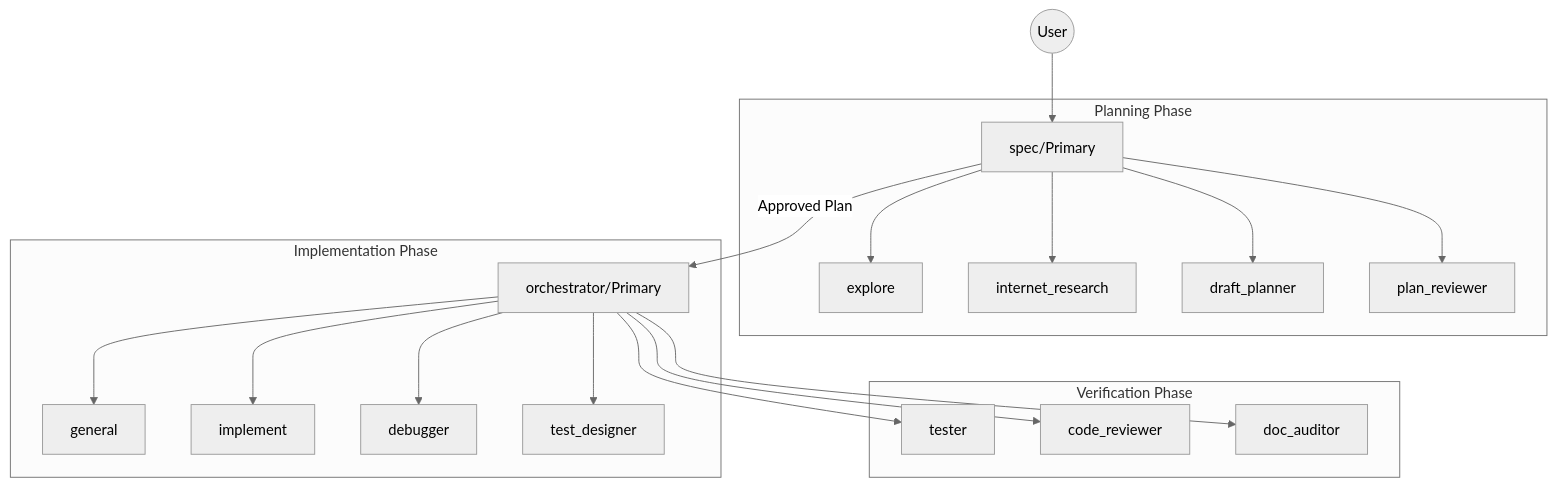
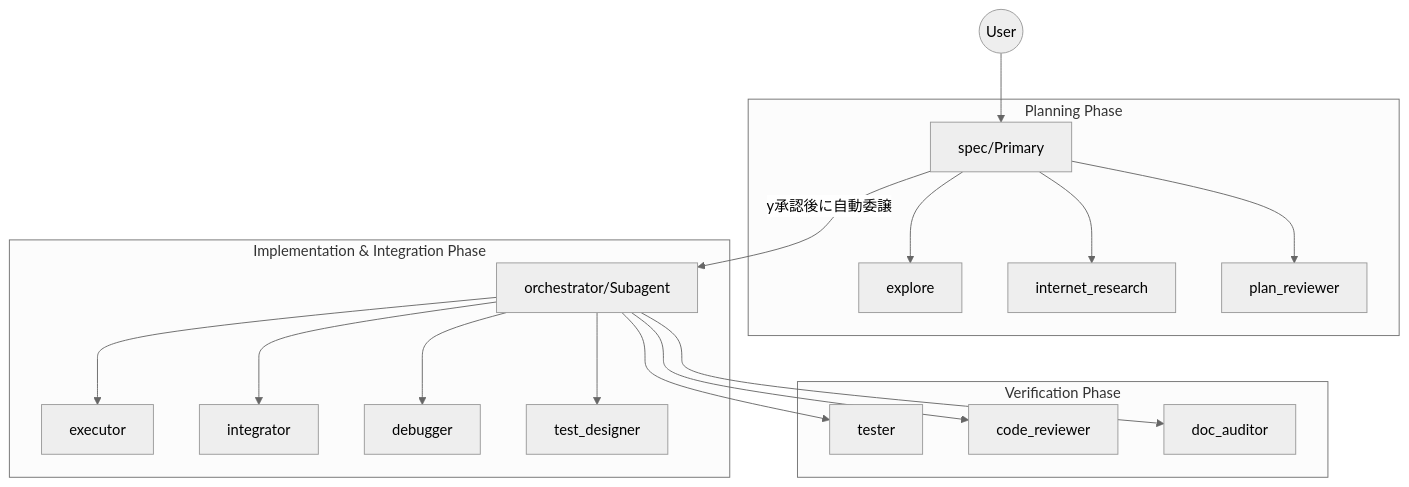
The diagram in opencode/README.md (50ki-1706/prompts), drawn with Mermaid (neutral theme) before and after one commit. The commit also changed other lines of this file and 17 other files, not shown here.

````diff
--- a/opencode/README.md
+++ b/opencode/README.md
@@ -95,26 +97,25 @@
 ```mermaid
 graph TD
     User((User)) --> spec[spec/Primary]
     
     subgraph Planning Phase
         spec --> explore[explore]
         spec --> research[internet_research]
-        spec --> draft[draft_planner]
         spec --> plan_rev[plan_reviewer]
     end
     
-    spec -- "Approved Plan" --> orch[orchestrator/Primary]
+    spec -- "y承認後に自動委譲" --> orch[orchestrator/Subagent]
     
-    subgraph Implementation Phase
-        orch --> general[general]
-        orch --> implement[implement]
+    subgraph Implementation & Integration Phase
+        orch --> exec[executor]
+        orch --> integ[integrator]
         orch --> debugger[debugger]
         orch --> test_des[test_designer]
     end
     
     subgraph Verification Phase
         orch --> tester[tester]
         orch --> code_rev[code_reviewer]
         orch --> doc_aud[doc_auditor]
     end
 ```
````
